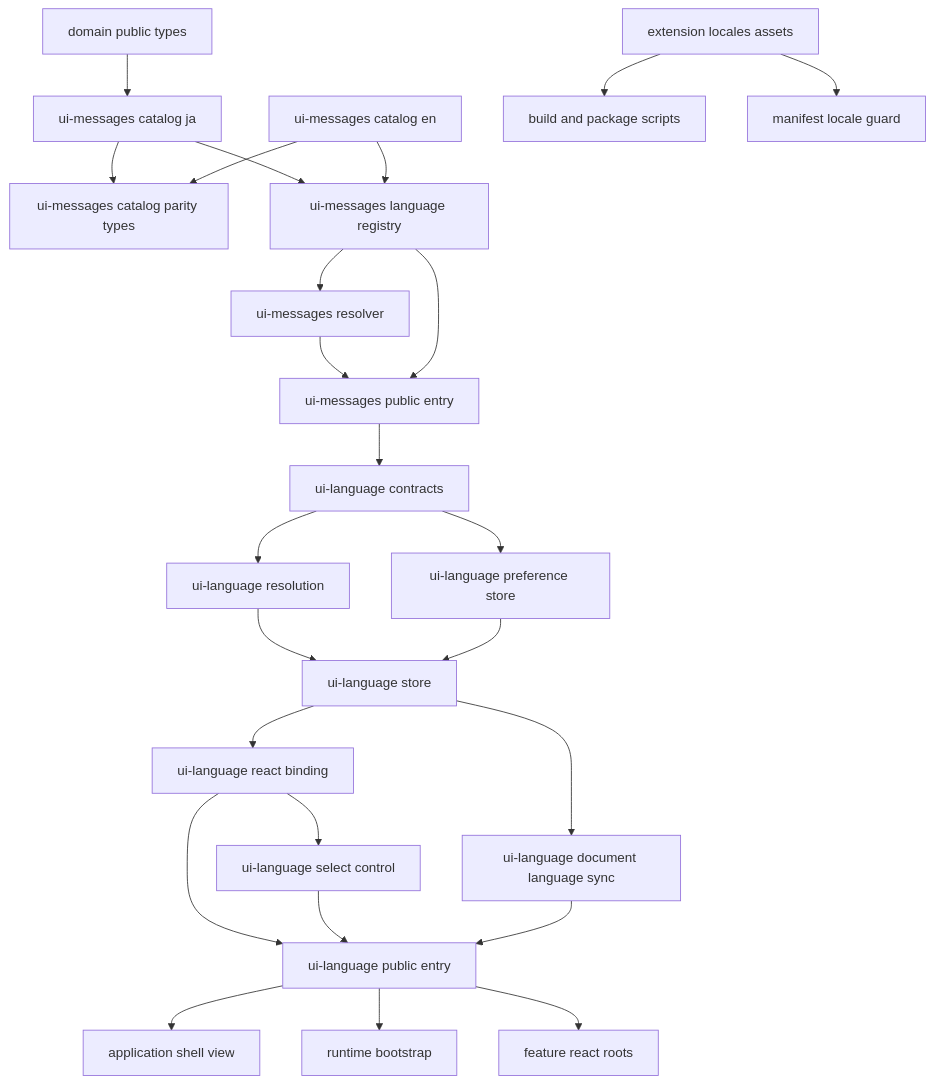
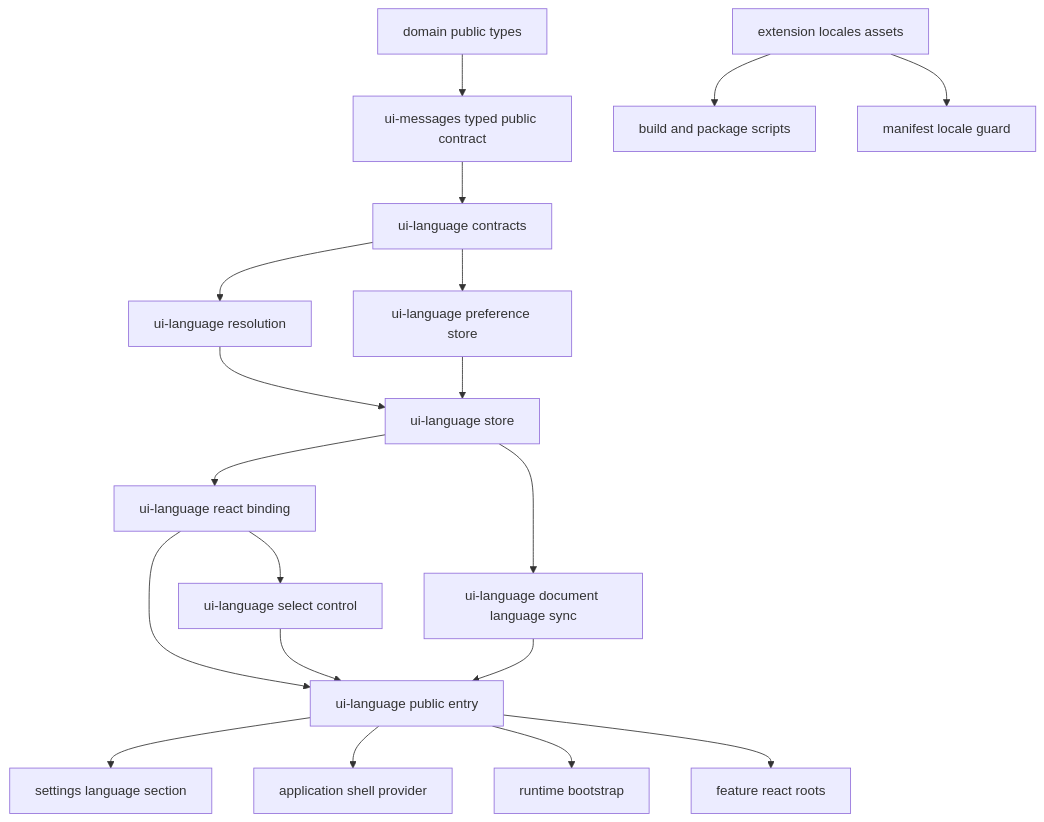
One commit to Huruikagi/pc-build-planner changed the first of 4 diagrams in .kiro/specs/ui-internationalization/design.md. Above: the diagram before and after it, drawn with Mermaid. The commit also changed other lines of this file and 58 other files, not shown here.

````diff
--- a/.kiro/specs/ui-internationalization/design.md
+++ b/.kiro/specs/ui-internationalization/design.md
@@ -91,55 +95,45 @@
 ```mermaid
 graph TB
     Domain[domain public types]
-    CatalogJa[ui-messages catalog ja]
-    CatalogEn[ui-messages catalog en]
-    Parity[ui-messages catalog parity types]
-    Registry[ui-messages language registry]
-    Resolver[ui-messages resolver]
-    MsgPublic[ui-messages public entry]
+    MsgPublic[ui-messages typed public contract]
 
     LangContracts[ui-language contracts]
     LangResolve[ui-language resolution]
     LangStore[ui-language store]
     PrefStore[ui-language preference store]
     LangReact[ui-language react binding]
     LangSelect[ui-language select control]
     DocLang[ui-language document language sync]
     LangPublic[ui-language public entry]
 
-    ShellView[application shell view]
+    SettingsView[settings language section]
+    ShellProvider[application shell provider]
     Bootstrap[runtime bootstrap]
     FeatureRoots[feature react roots]
 
     Locales[extension locales assets]
     BuildScript[build and package scripts]
     ManifestGuard[manifest locale guard]
 
-    Domain --> CatalogJa
-    CatalogJa --> Parity
-    CatalogEn --> Parity
-    CatalogJa --> Registry
-    CatalogEn --> Registry
-    Registry --> Resolver
-    Resolver --> MsgPublic
-    Registry --> MsgPublic
+    Domain --> MsgPublic
 
     MsgPublic --> LangContracts
     LangContracts --> LangResolve
     LangContracts --> PrefStore
     LangResolve --> LangStore
     PrefStore --> LangStore
     LangStore --> LangReact
     LangStore --> DocLang
     LangReact --> LangSelect
     LangReact --> LangPublic
     LangSelect --> LangPublic
     DocLang --> LangPublic
 
-    LangPublic --> ShellView
+    LangPublic --> SettingsView
+    LangPublic --> ShellProvider
     LangPublic --> Bootstrap
     LangPublic --> FeatureRoots
 
     Locales --> BuildScript
     Locales --> ManifestGuard
 ```
````
